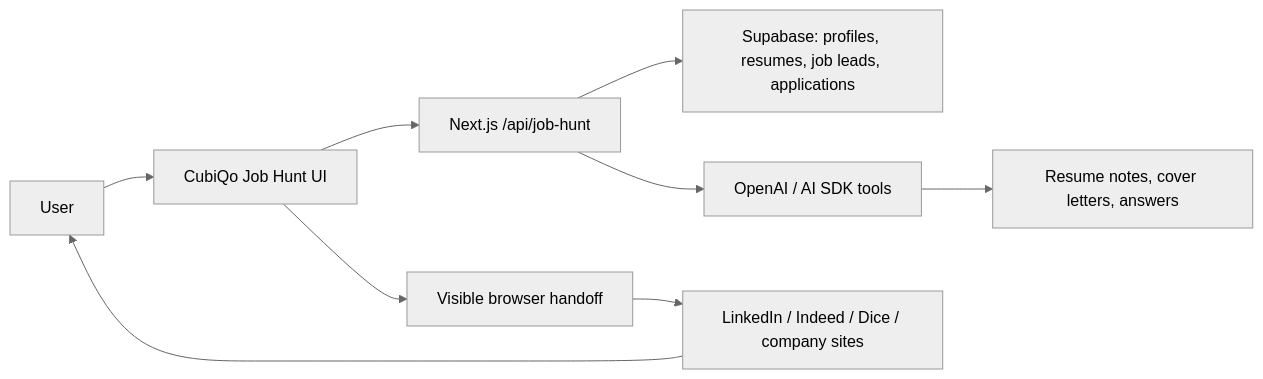
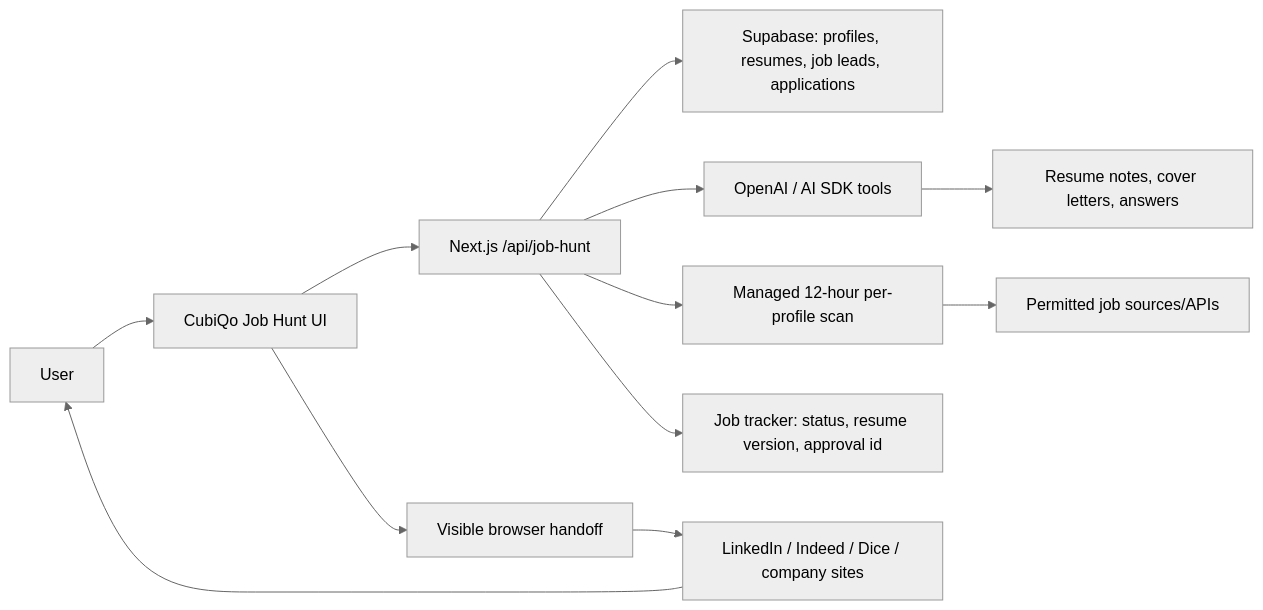
Before and after one commit to thecubiqo/thecubiqo: the diagram in docs/job-hunt-compliant-agent-scope.md, drawn with Mermaid (neutral theme). The commit also changed other lines of this file and 2 other files, not shown here.

Commit message:
Align V2 job and social scope

````diff
--- a/docs/job-hunt-compliant-agent-scope.md
+++ b/docs/job-hunt-compliant-agent-scope.md
@@ -33,11 +46,14 @@
 ```mermaid
 flowchart LR
   U["User"] --> UI["CubiQo Job Hunt UI"]
   UI --> API["Next.js /api/job-hunt"]
   API --> DB["Supabase: profiles, resumes, job leads, applications"]
   API --> AI["OpenAI / AI SDK tools"]
+  API --> Cron["Managed 12-hour per-profile scan"]
+  Cron --> Sources["Permitted job sources/APIs"]
   AI --> Drafts["Resume notes, cover letters, answers"]
   UI --> Handoff["Visible browser handoff"]
   Handoff --> Sites["LinkedIn / Indeed / Dice / company sites"]
+  API --> Tracker["Job tracker: status, resume version, approval id"]
   Sites --> U
 ```
````
